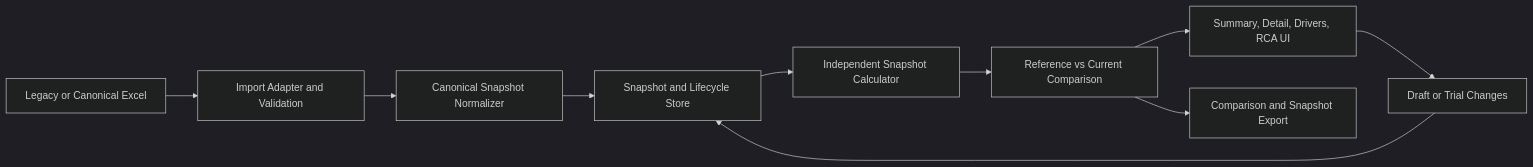
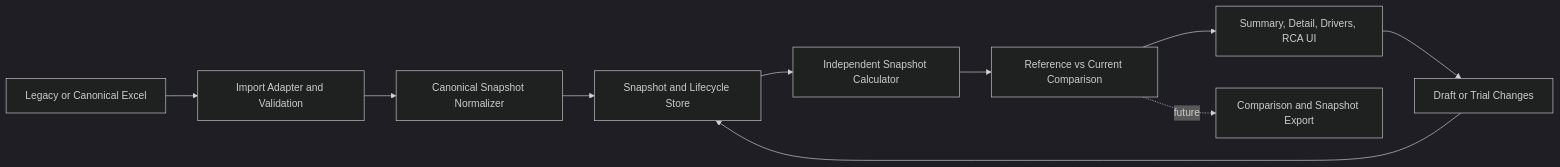
The diagram in ARCHITECTURE.md (apirak-k/COSTBREAKDOWN), drawn with Mermaid (dark theme) before and after one commit. The commit also changed other lines of this file and 16 other files, not shown here.

````diff
--- a/ARCHITECTURE.md
+++ b/ARCHITECTURE.md
@@ -42,12 +44,12 @@
 ```mermaid
 flowchart LR
     Excel[Legacy or Canonical Excel] --> Adapter[Import Adapter and Validation]
     Adapter --> Normalize[Canonical Snapshot Normalizer]
     Normalize --> Store[Snapshot and Lifecycle Store]
     Store --> Calc[Independent Snapshot Calculator]
     Calc --> Compare[Reference vs Current Comparison]
     Compare --> UI[Summary, Detail, Drivers, RCA UI]
-    Compare --> Export[Comparison and Snapshot Export]
+    Compare -. future .-> Export[Comparison and Snapshot Export]
     UI --> Draft[Draft or Trial Changes]
     Draft --> Store
 ```
````
